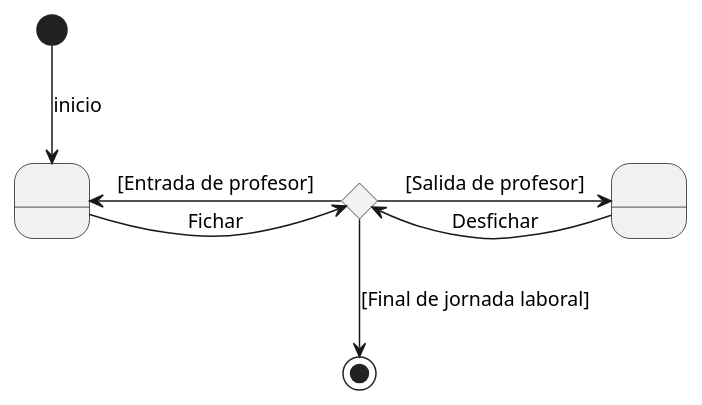
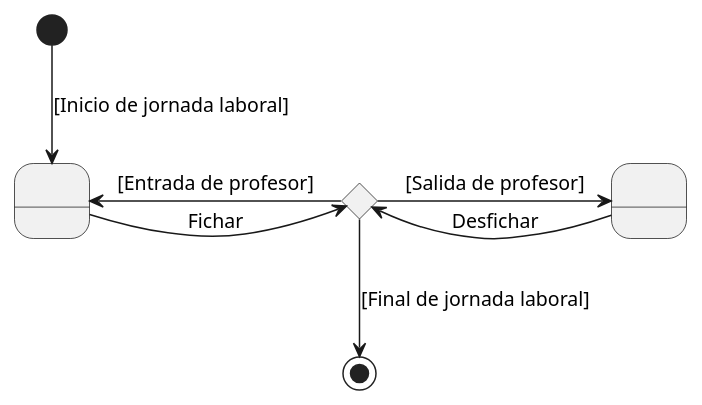
One commit to mmasias/23-24-IdSw1-SDR changed the diagram in modelosUML/diagramaEstados.puml. Above: the diagram before and after it, drawn with PlantUML.

Commit message:
Update diagramaEstados.puml
fix/diagramaEstados

```diff
--- a/modelosUML/diagramaEstados.puml
+++ b/modelosUML/diagramaEstados.puml
@@ -1,21 +1,21 @@
 @startuml
 
-state AccionHeroe as " "
-state AccionEnemigo as " "
+state Fichar as " "
+state NoFichar as " "
 
-[*] --> AccionHeroe : inicio
+[*] --> Fichar : [Inicio de jornada laboral]
 
 
 state Turno <<choice>>
 
-AccionHeroe -r-> Turno : Fichar
+Fichar -r-> Turno : Fichar
 
-Turno -r-> AccionEnemigo : [Salida de profesor]
+Turno -r-> NoFichar : [Salida de profesor]
 
-AccionEnemigo -l-> Turno : Desfichar
+NoFichar -l-> Turno : Desfichar
 
-Turno -l-> AccionHeroe : [Entrada de profesor]
+Turno -l-> Fichar : [Entrada de profesor]
 
 Turno -d-> [*] : [Final de jornada laboral]
 
 @enduml
```
